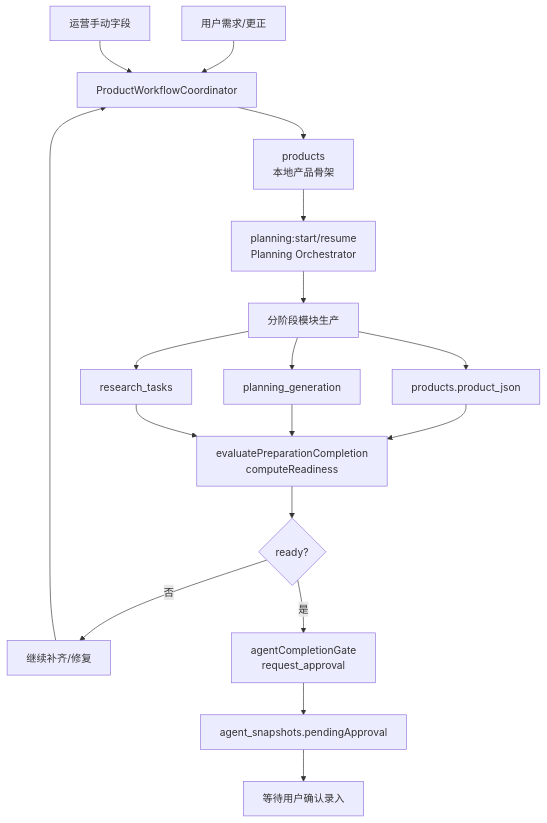
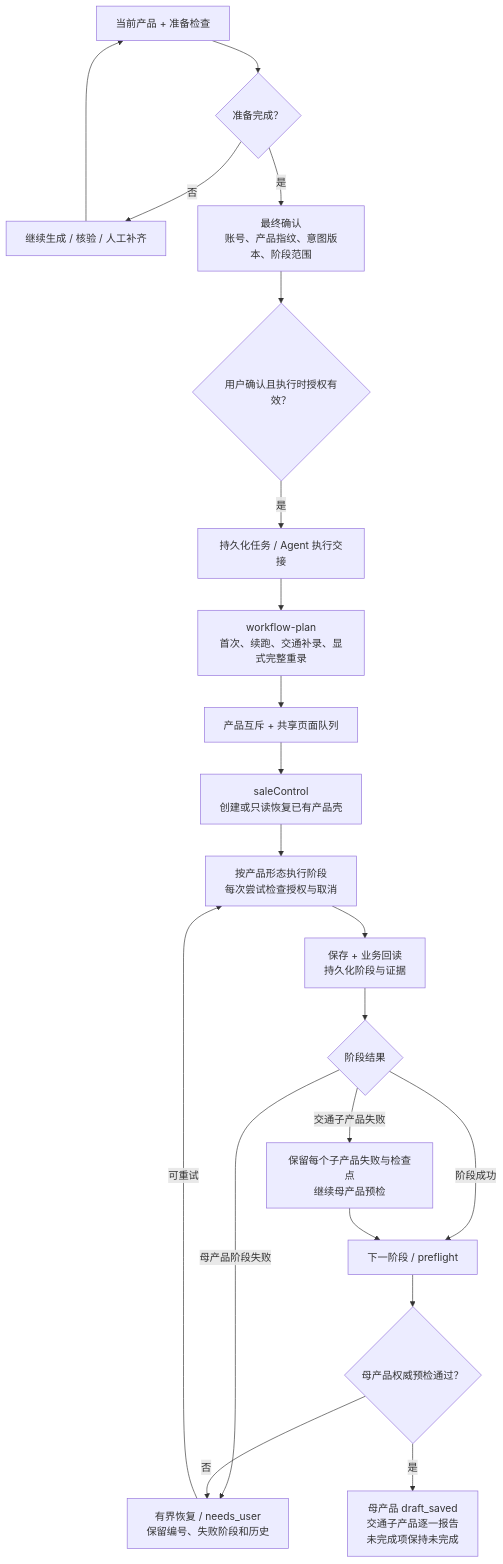
The fourth of 4 diagrams in ARCHITECTURE.md (tibet30/vbk-auto), drawn with Mermaid before and after one commit. The commit also changed other lines of this file, not shown here.

First line of the commit message:
docs(architecture): compress ARCHITECTURE.md to overview (defer detail to audit + module docs)

````diff
--- a/ARCHITECTURE.md
+++ b/ARCHITECTURE.md
@@ -409,20 +100,23 @@
 ```mermaid
 flowchart TD
-  U["用户需求/更正"] --> LOCK["ProductWorkflowCoordinator"]
-  O["运营手动字段"] --> LOCK
-  LOCK --> P0["products<br/>本地产品骨架"]
-  P0 --> PLAN["planning:start/resume<br/>Planning Orchestrator"]
-  PLAN --> MOD["分阶段模块生产"]
-  MOD --> P["products.product_json"]
-  MOD --> PG["planning_generation"]
-  MOD --> RT["research_tasks"]
-  P --> READY["evaluatePreparationCompletion<br/>computeReadiness"]
-  PG --> READY
-  RT --> READY
-  READY --> GATE{"ready?"}
-  GATE -- "否" --> FIX["继续补齐/修复"]
-  FIX --> LOCK
-  GATE -- "是" --> AP["agentCompletionGate<br/>request_approval"]
-  AP --> SNAP["agent_snapshots.pendingApproval"]
-  SNAP --> UI["等待用户确认录入"]
+  P["当前产品 + 准备检查"] --> READY{"准备完成？"}
+  READY -->|否| FIX["继续生成 / 核验 / 人工补齐"]
+  FIX --> P
+  READY -->|是| CONF["最终确认<br/>账号、产品指纹、意图版本、阶段范围"]
+  CONF --> AUTH{"用户确认且执行时授权有效？"}
+  AUTH -->|是| TASK["持久化任务 / Agent 执行交接"]
+  TASK --> PLAN["workflow-plan<br/>首次、续跑、交通补录、显式完整重录"]
+  PLAN --> LOCK["产品互斥 + 共享页面队列"]
+  LOCK --> SHELL["saleControl<br/>创建或只读恢复已有产品壳"]
+  SHELL --> PHASE["按产品形态执行阶段<br/>每次尝试检查授权与取消"]
+  PHASE --> REMOTE["保存 + 业务回读<br/>持久化阶段与证据"]
+  REMOTE --> RESULT{"阶段结果"}
+  RESULT -->|母产品阶段失败| REC["有界恢复 / needs_user<br/>保留编号、失败阶段和历史"]
+  REC -->|可重试| PHASE
+  RESULT -->|交通子产品失败| CHILD["保留每个子产品失败与检查点<br/>继续母产品预检"]
+  RESULT -->|阶段成功| NEXT["下一阶段 / preflight"]
+  CHILD --> NEXT
+  NEXT --> PASS{"母产品权威预检通过？"}
+  PASS -->|否| REC
+  PASS -->|是| DONE["母产品 draft_saved<br/>交通子产品逐一报告<br/>未完成项保持未完成"]
 ```
````
